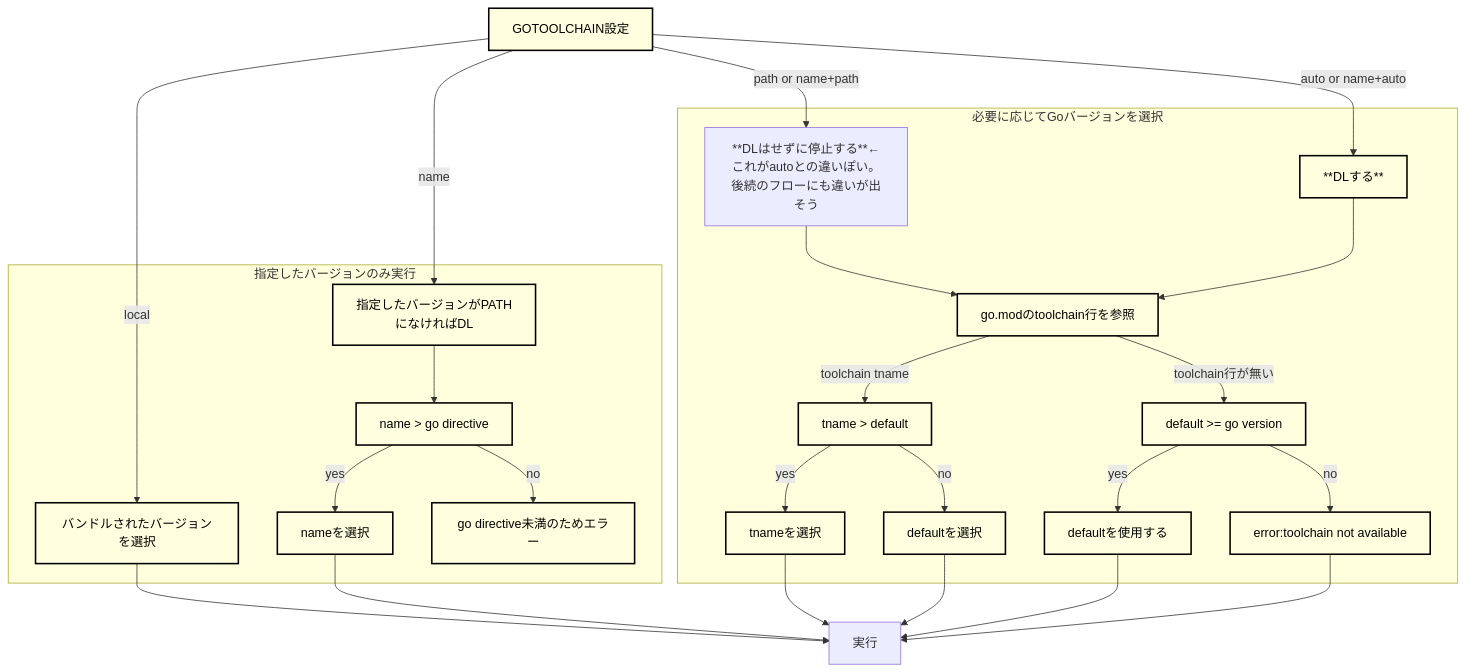
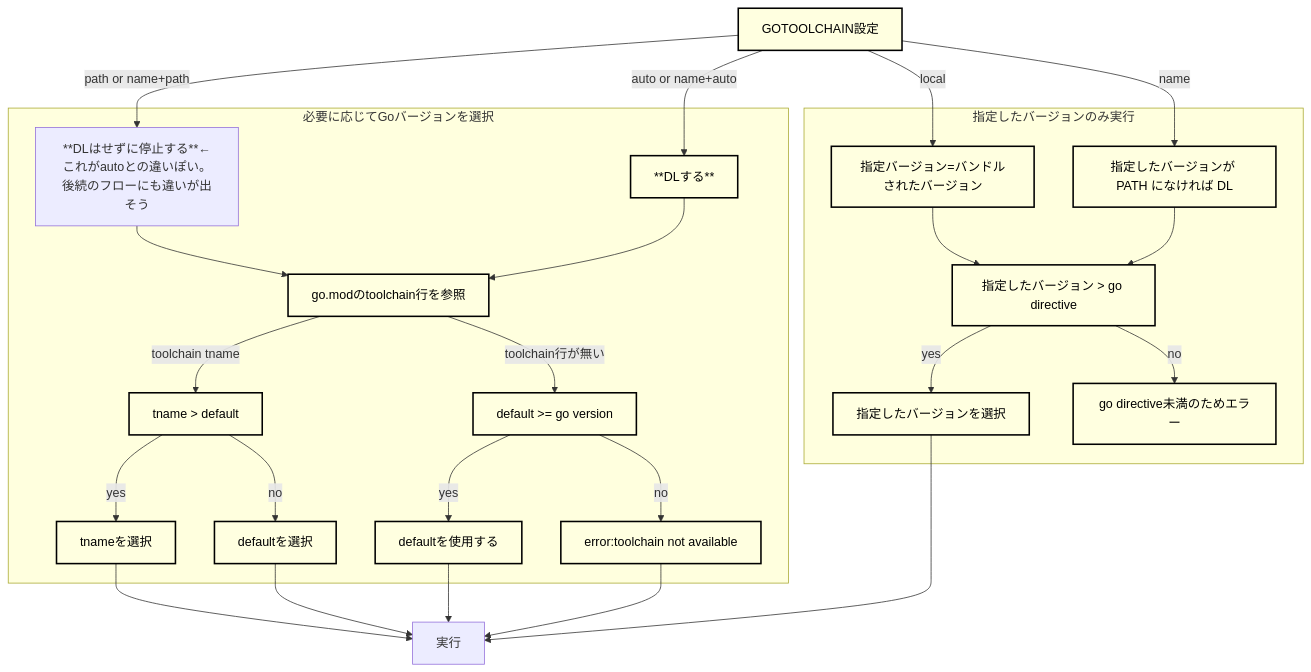
Before and after one commit to atushi-koga/go-example: the diagram in gotoolchain/README.md, drawn with Mermaid. The commit also changed other lines of this file and 7 other files, not shown here.

````diff
--- a/gotoolchain/README.md
+++ b/gotoolchain/README.md
@@ -7,40 +9,40 @@
 ```mermaid
 graph TD
 classDef lightYellow fill:#FFFFE0,stroke:#000,stroke-width:2px,color:#000;
 A[GOTOOLCHAIN設定]
-A -->|local| B[バンドルされたバージョンを選択]
-A -->|name| C[指定したバージョンがPATHになければDL]
+A -->|local| B[指定バージョン=バンドルされたバージョン]
+A -->|name| C[指定したバージョンが PATH になければ DL]
 A -->|path or name+path| D[**DLはせずに停止する**←これがautoとの違いぽい。後続のフローにも違いが出そう]
 A -->|auto or name+auto| E[**DLする**]
 
 subgraph Group1 [指定したバージョンのみ実行]
     B
     C
-    C --> N[name > go directive]
-    N -->|yes| O[nameを選択]
+    B --> N[指定したバージョン > go directive]
+    C --> N
+    N -->|yes| O[指定したバージョンを選択]
     N -->|no| P[go directive未満のためエラー]
 end
 
 %% サブグラフでDとEから派生するノードを囲む
 subgraph Group2 [必要に応じてGoバージョンを選択]
     F[go.modのtoolchain行を参照]
     D --> F
     E --> F
     F -->|toolchain tname| H[tname > default]
     F -->|toolchain行が無い| I[default >= go version]
     H -->|yes| J[tnameを選択]
     H -->|no| K[defaultを選択]
     I -->|yes| L[defaultを使用する]
     I -->|no| M[error:toolchain not available]
 end
 
 Z[実行]
-B --> Z
 J --> Z
 K --> Z
 L --> Z
 M --> Z
 O --> Z
 
 class A,B,C,E,F,H,I,J,K,L,M,N,O,P lightYellow;
 ```
````
